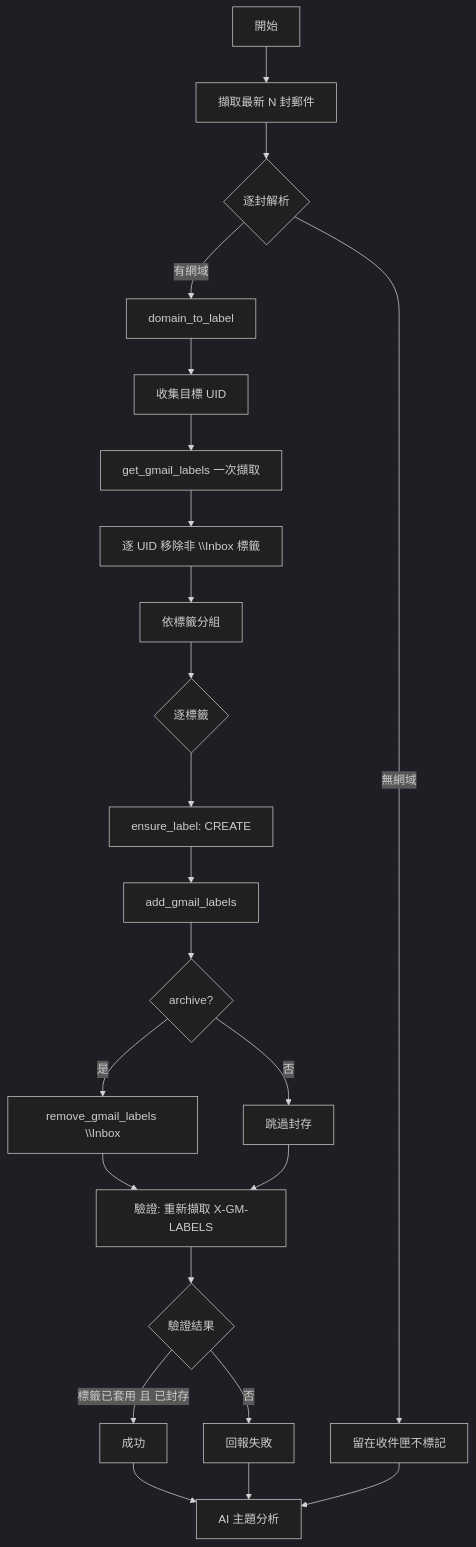
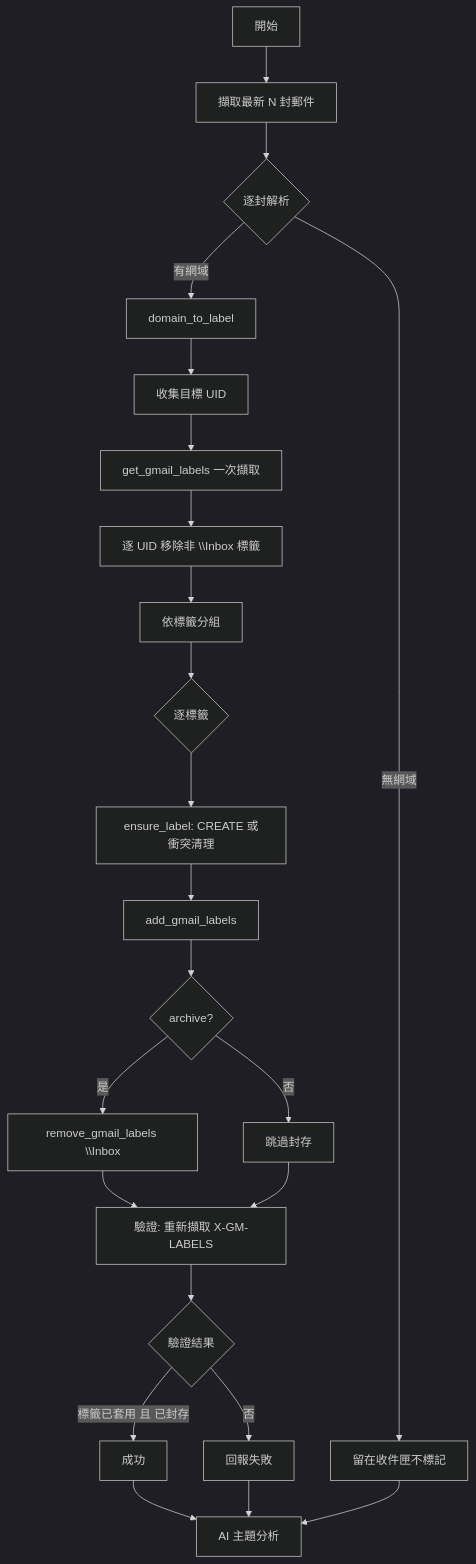
Before and after one commit to Mcc-Mak/gmail-nested-labels: the second of 3 diagrams in doc/architecture.md, drawn with Mermaid (dark theme). The commit also changed other lines of this file and 8 other files, not shown here.

First line of the commit message:
[0.3.3] 修復 ensure_label 舊 / 格式標籤衝突

````diff
--- a/doc/architecture.md
+++ b/doc/architecture.md
@@ -69,25 +77,25 @@
 ```mermaid
 flowchart TD
     A[開始] --> B[擷取最新 N 封郵件]
     B --> C{逐封解析}
     C -->|有網域| D[domain_to_label]
     C -->|無網域| E[留在收件匣不標記]
     D --> F[收集目標 UID]
     F --> G[get_gmail_labels 一次擷取]
     G --> H[逐 UID 移除非 \\Inbox 標籤]
     H --> I[依標籤分組]
     I --> J{逐標籤}
-    J --> K[ensure_label: CREATE]
+    J --> K[ensure_label: CREATE 或衝突清理]
     K --> L[add_gmail_labels]
     L --> M{archive?}
     M -->|是| N[remove_gmail_labels \\Inbox]
     M -->|否| O[跳過封存]
     N --> P[驗證: 重新擷取 X-GM-LABELS]
     O --> P
     P --> Q{驗證結果}
     Q -->|標籤已套用 且 已封存| R[成功]
     Q -->|否| S[回報失敗]
     R --> T[AI 主題分析]
     S --> T
     E --> T
 ```
````
